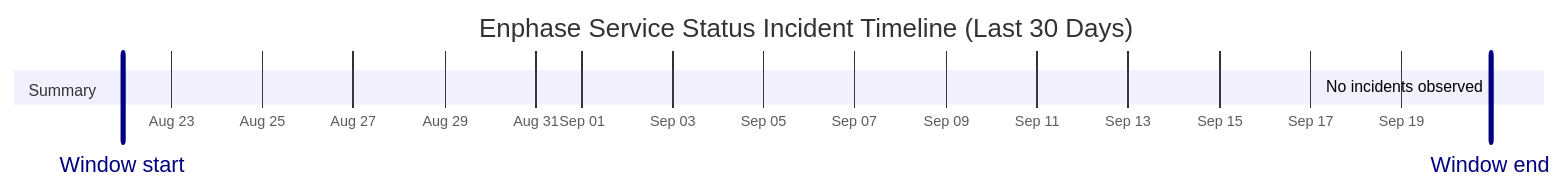
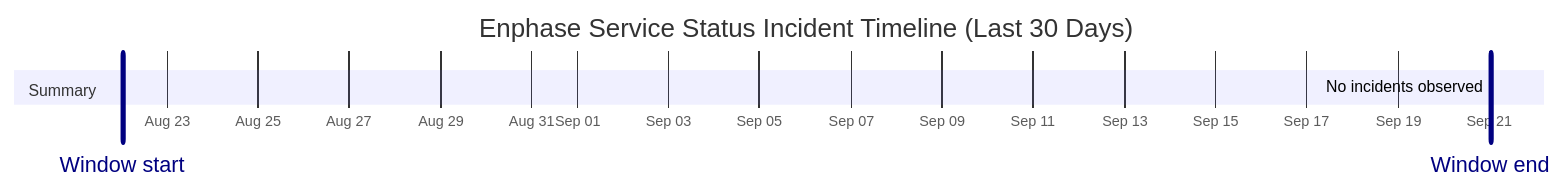
Before and after one commit to barneyonline/ha-enphase-energy: the diagram in wiki/Service-Status-History.md, drawn with Mermaid. The commit also changed other lines of this file and 3 other files, not shown here.

````diff
--- a/wiki/Service-Status-History.md
+++ b/wiki/Service-Status-History.md
@@ -14,10 +14,10 @@
 ```mermaid
 gantt
     title Enphase Service Status Incident Timeline (Last 30 Days)
     dateFormat  YYYY-MM-DDTHH:mm:ss
     axisFormat  %b %d
-    Window start :vert, window-start, 2026-08-21T22:36:13, 0ms
-    Window end :vert, window-end, 2026-09-20T22:36:13, 0ms
+    Window start :vert, window-start, 2026-08-22T00:50:26, 0ms
+    Window end :vert, window-end, 2026-09-21T00:50:26, 0ms
     section Summary
-    No incidents observed :done, 2026-09-20T22:36:13, 1m
+    No incidents observed :done, 2026-09-21T00:50:26, 1m
 ```
````
